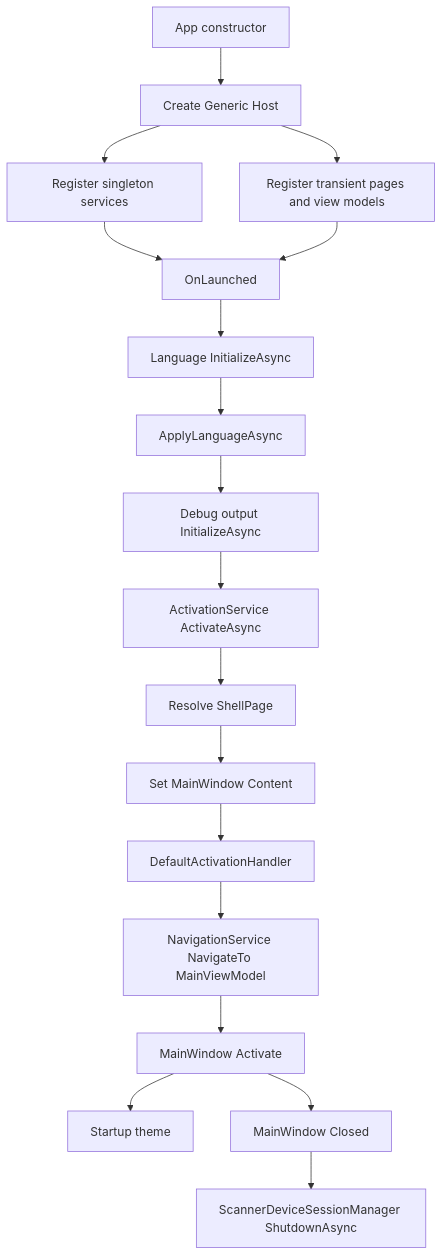
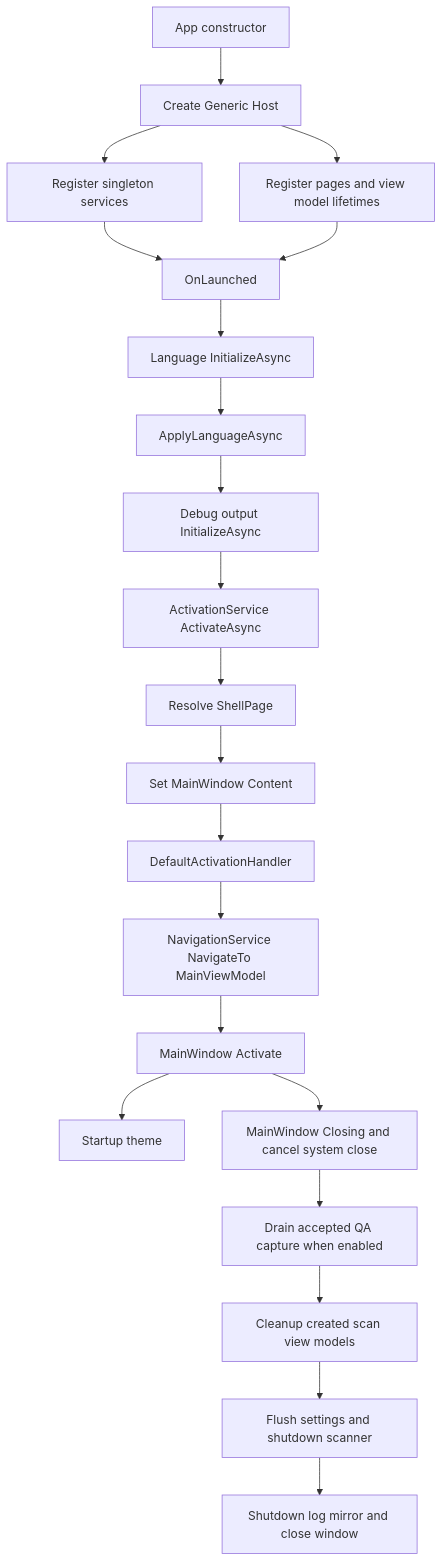
The diagram in docs/architecture/app-lifecycle-and-di.md (mr258876/PRISM-Utility), drawn with Mermaid before and after one commit. The commit also changed other lines of this file and 237 other files, not shown here.

````diff
--- a/docs/architecture/app-lifecycle-and-di.md
+++ b/docs/architecture/app-lifecycle-and-di.md
@@ -70,20 +75,23 @@
 ```mermaid
 flowchart TD
     A[App constructor] --> B[Create Generic Host]
     B --> C[Register singleton services]
-    B --> D[Register transient pages and view models]
+    B --> D[Register pages and view model lifetimes]
     C --> E[OnLaunched]
     D --> E
     E --> F[Language InitializeAsync]
     F --> G[ApplyLanguageAsync]
     G --> H[Debug output InitializeAsync]
     H --> I[ActivationService ActivateAsync]
     I --> J[Resolve ShellPage]
     J --> K[Set MainWindow Content]
     K --> L[DefaultActivationHandler]
     L --> M[NavigationService NavigateTo MainViewModel]
     M --> N[MainWindow Activate]
     N --> O[Startup theme]
-    N --> P[MainWindow Closed]
-    P --> Q[ScannerDeviceSessionManager ShutdownAsync]
+    N --> P[MainWindow Closing and cancel system close]
+    P --> Q[Drain accepted QA capture when enabled]
+    Q --> R[Cleanup created scan view models]
+    R --> S[Flush settings and shutdown scanner]
+    S --> T[Shutdown log mirror and close window]
 ```
````
